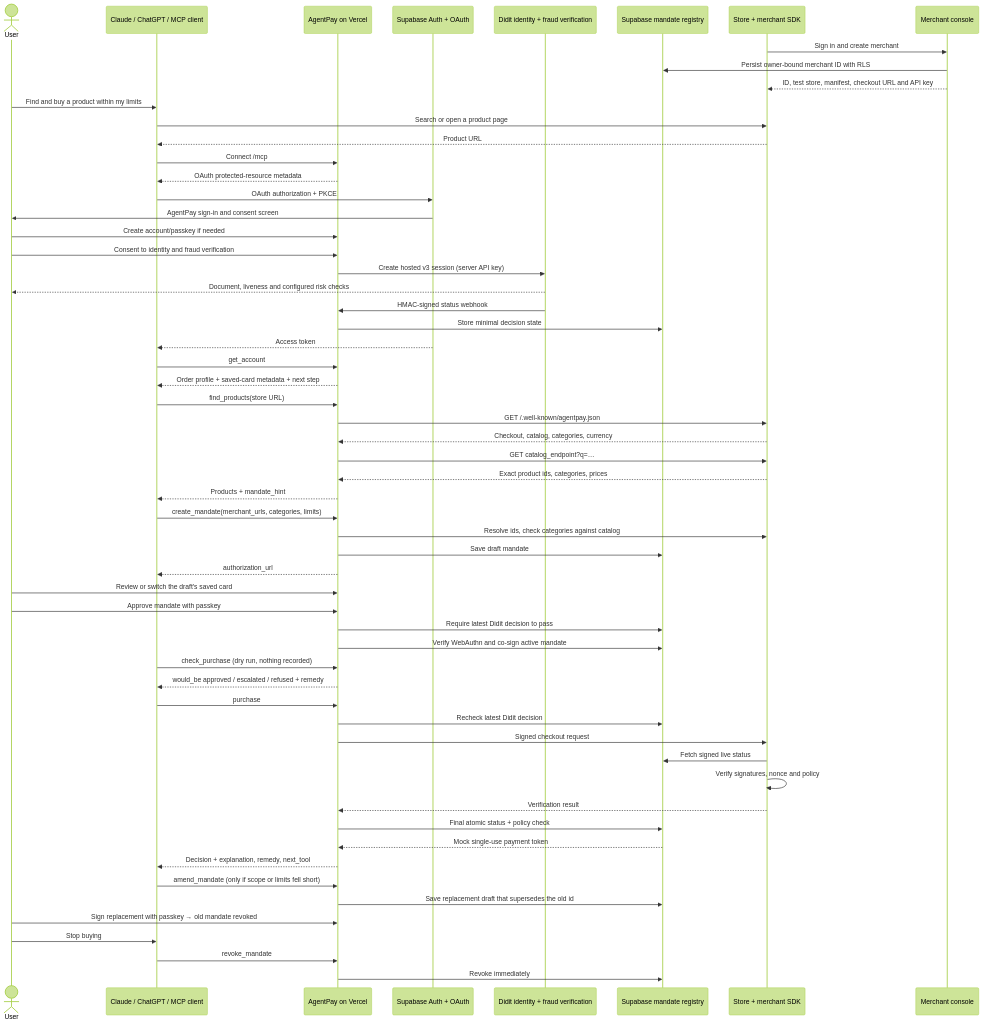
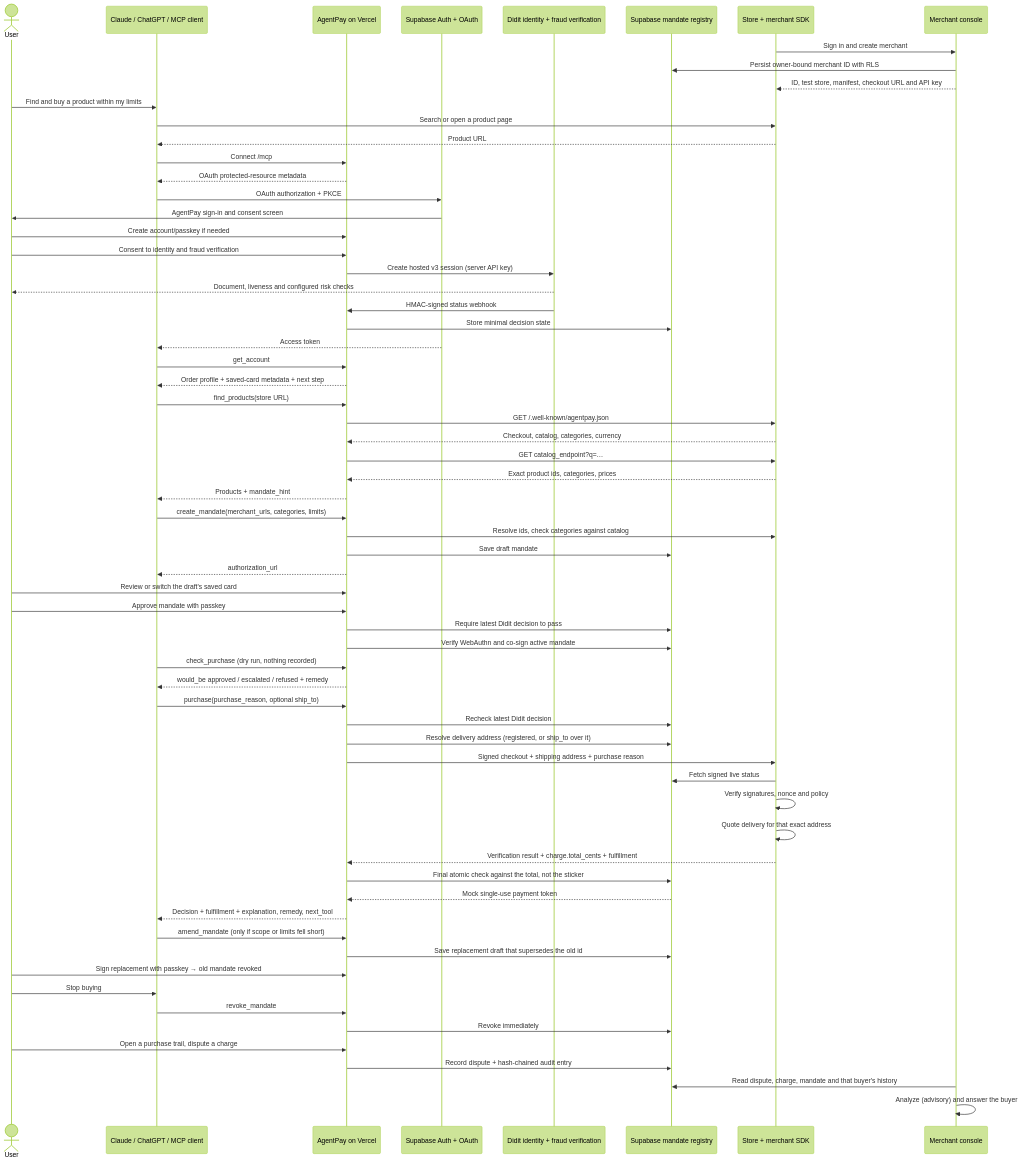
Before and after one commit to pedroschott/hackatonyuno: the diagram in docs/architecture.md, drawn with Mermaid (forest theme). The commit also changed other lines of this file and 15 other files, not shown here.

First line of the commit message:
Document delivery, purchase intent, disputes and the purchase trail

````diff
--- a/docs/architecture.md
+++ b/docs/architecture.md
@@ -3,63 +3,70 @@
 ```mermaid
 sequenceDiagram
     actor User
     participant Agent as Claude / ChatGPT / MCP client
     participant AgentPay as AgentPay on Vercel
     participant Auth as Supabase Auth + OAuth
     participant Didit as Didit identity + fraud verification
     participant Registry as Supabase mandate registry
     participant Store as Store + merchant SDK
     participant Console as Merchant console
 
     Store->>Console: Sign in and create merchant
     Console->>Registry: Persist owner-bound merchant ID with RLS
     Console-->>Store: ID, test store, manifest, checkout URL and API key
 
     User->>Agent: Find and buy a product within my limits
     Agent->>Store: Search or open a product page
     Store-->>Agent: Product URL
     Agent->>AgentPay: Connect /mcp
     AgentPay-->>Agent: OAuth protected-resource metadata
     Agent->>Auth: OAuth authorization + PKCE
     Auth->>User: AgentPay sign-in and consent screen
     User->>AgentPay: Create account/passkey if needed
     User->>AgentPay: Consent to identity and fraud verification
     AgentPay->>Didit: Create hosted v3 session (server API key)
     Didit-->>User: Document, liveness and configured risk checks
     Didit->>AgentPay: HMAC-signed status webhook
     AgentPay->>Registry: Store minimal decision state
     Auth-->>Agent: Access token
     Agent->>AgentPay: get_account
     AgentPay-->>Agent: Order profile + saved-card metadata + next step
     Agent->>AgentPay: find_products(store URL)
     AgentPay->>Store: GET /.well-known/agentpay.json
     Store-->>AgentPay: Checkout, catalog, categories, currency
     AgentPay->>Store: GET catalog_endpoint?q=…
     Store-->>AgentPay: Exact product ids, categories, prices
     AgentPay-->>Agent: Products + mandate_hint
     Agent->>AgentPay: create_mandate(merchant_urls, categories, limits)
     AgentPay->>Store: Resolve ids, check categories against catalog
     AgentPay->>Registry: Save draft mandate
     AgentPay-->>Agent: authorization_url
     User->>AgentPay: Review or switch the draft's saved card
     User->>AgentPay: Approve mandate with passkey
     AgentPay->>Registry: Require latest Didit decision to pass
     AgentPay->>Registry: Verify WebAuthn and co-sign active mandate
     Agent->>AgentPay: check_purchase (dry run, nothing recorded)
     AgentPay-->>Agent: would_be approved / escalated / refused + remedy
-    Agent->>AgentPay: purchase
+    Agent->>AgentPay: purchase(purchase_reason, optional ship_to)
     AgentPay->>Registry: Recheck latest Didit decision
-    AgentPay->>Store: Signed checkout request
+    AgentPay->>Registry: Resolve delivery address (registered, or ship_to over it)
+    AgentPay->>Store: Signed checkout + shipping address + purchase reason
     Store->>Registry: Fetch signed live status
     Store->>Store: Verify signatures, nonce and policy
-    Store-->>AgentPay: Verification result
-    AgentPay->>Registry: Final atomic status + policy check
+    Store->>Store: Quote delivery for that exact address
+    Store-->>AgentPay: Verification result + charge.total_cents + fulfillment
+    AgentPay->>Registry: Final atomic check against the total, not the sticker
     Registry-->>AgentPay: Mock single-use payment token
-    AgentPay-->>Agent: Decision + explanation, remedy, next_tool
+    AgentPay-->>Agent: Decision + fulfillment + explanation, remedy, next_tool
     Agent->>AgentPay: amend_mandate (only if scope or limits fell short)
     AgentPay->>Registry: Save replacement draft that supersedes the old id
     User->>AgentPay: Sign replacement with passkey → old mandate revoked
     User->>Agent: Stop buying
     Agent->>AgentPay: revoke_mandate
     AgentPay->>Registry: Revoke immediately
+
+    User->>AgentPay: Open a purchase trail, dispute a charge
+    AgentPay->>Registry: Record dispute + hash-chained audit entry
+    Console->>Registry: Read dispute, charge, mandate and that buyer's history
+    Console->>Console: Analyze (advisory) and answer the buyer
 ```
````
